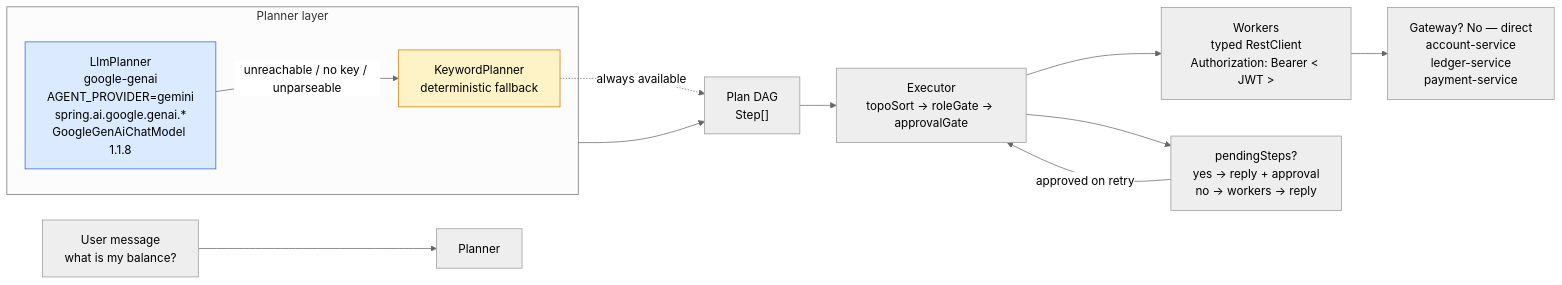
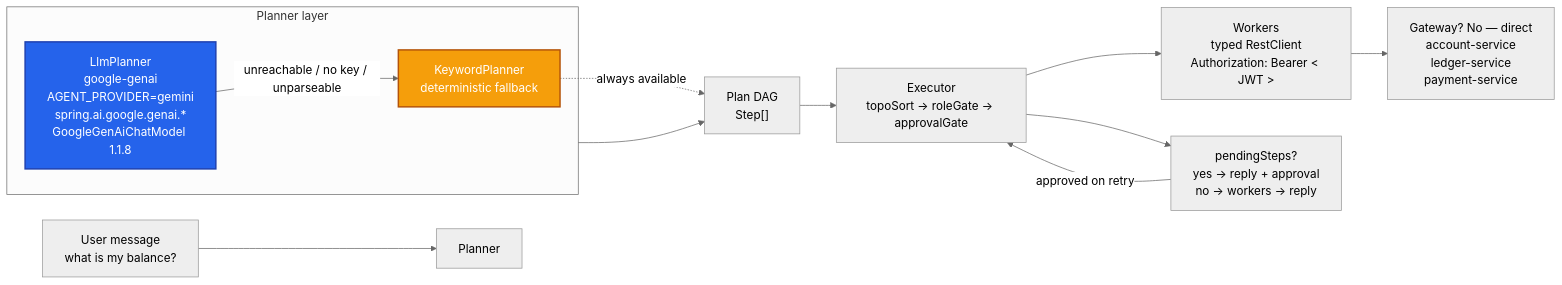
One commit to donyelqt/reagentic-banking-agent changed the fifth of 5 diagrams in docs/architecture.md. Above: the diagram before and after it, drawn with Mermaid (neutral theme). The commit also changed other lines of this file, not shown here.

First line of the commit message:
docs: saturate Mermaid colors and make text white for contrast

````diff
--- a/docs/architecture.md
+++ b/docs/architecture.md
@@ -189,25 +189,25 @@
 ```mermaid
 graph LR
     UserReq["User message<br/>what is my balance?"] --> Planner
 
     subgraph PlannerLayer["Planner layer"]
         Llm["LlmPlanner<br/>google-genai<br/>AGENT_PROVIDER=gemini<br/>spring.ai.google.genai.*<br/>GoogleGenAiChatModel 1.1.8"]
         Kw["KeywordPlanner<br/>deterministic fallback"]
         Llm -->|unreachable / no key / unparseable| Kw
     end
 
     PlannerLayer --> Plan2["Plan DAG<br/>Step[]"]
     Plan2 --> Exec2["Executor<br/>topoSort → roleGate → approvalGate"]
     Exec2 --> Workers["Workers<br/>typed RestClient<br/>Authorization: Bearer < JWT >"]
 
     Workers --> GW2["Gateway? No — direct<br/>account-service<br/>ledger-service<br/>payment-service"]
 
     Exec2 --> Pending["pendingSteps?<br/>yes → reply + approval<br/>no → workers → reply"]
 
     Pending -->|approved on retry| Exec2
 
     Kw -.->|always available| Plan2
 
-    style Llm fill:#dbeafe,stroke:#2563eb
-    style Kw fill:#fef3c7,stroke:#d97706
+    style Llm fill:#2563eb,stroke:#1e40af,color:#fff,stroke-width:2px
+    style Kw fill:#f59e0b,stroke:#b45309,color:#fff,stroke-width:2px
 ```
````
